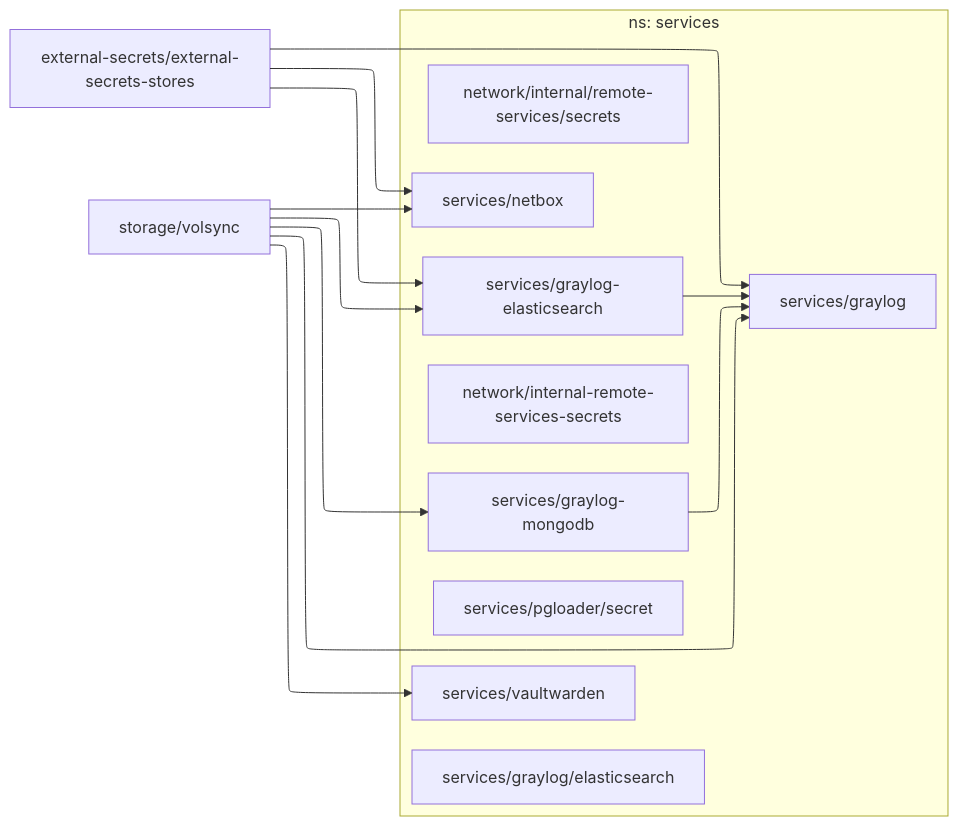
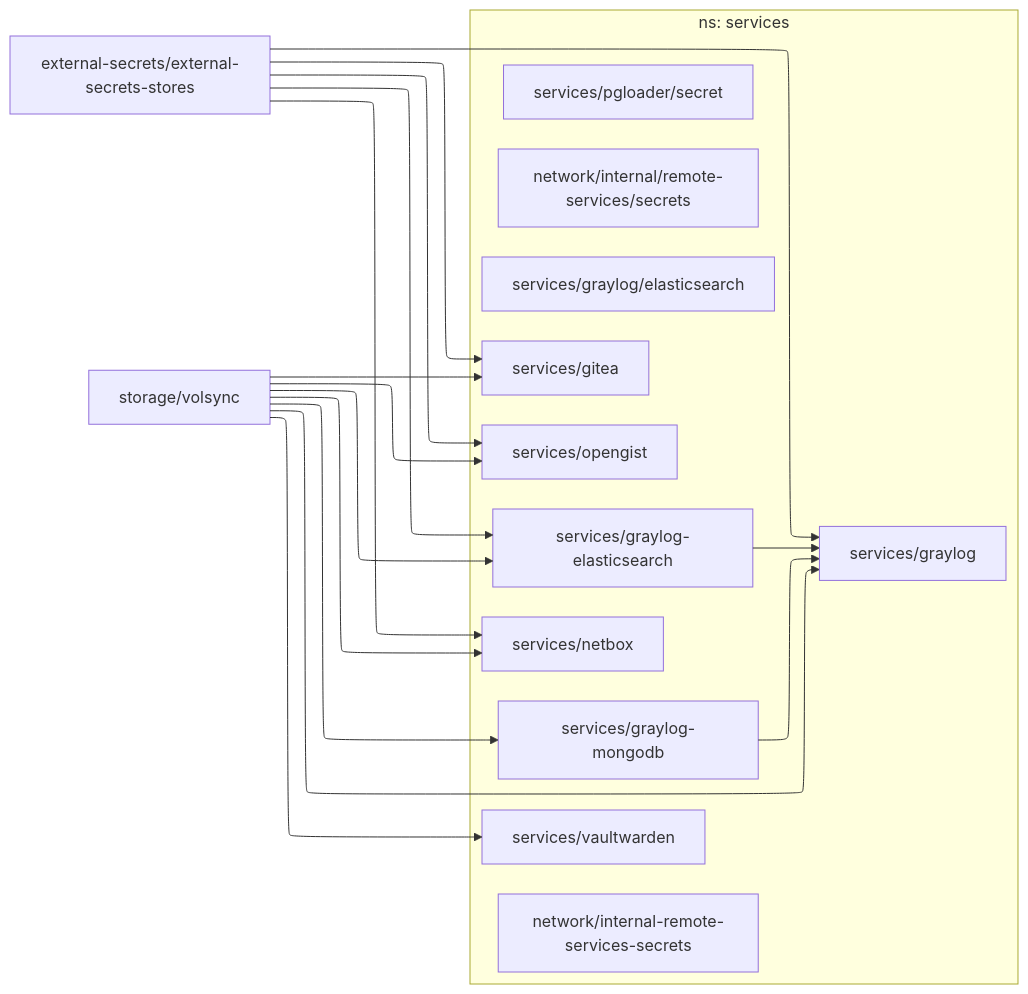
The diagram in dependencies/DEPENDENCIES-services.md (roblandry/home-ops), drawn with Mermaid before and after one commit. The commit also changed 13 other files, not shown here.

````diff
--- a/dependencies/DEPENDENCIES-services.md
+++ b/dependencies/DEPENDENCIES-services.md
@@ -1,26 +1,33 @@
 ```mermaid
 ---
 config:
   layout: elk
 ---
 flowchart LR
 
   subgraph "ns: services"
     network/internal-remote-services-secrets
     network/internal/remote-services/secrets
+    services/gitea
+    services/graylog-mongodb
     services/graylog/elasticsearch
     services/netbox
+    services/opengist
     services/pgloader/secret
     services/vaultwarden
     services/graylog-elasticsearch --> services/graylog
     services/graylog-mongodb --> services/graylog
   end
+  external-secrets/external-secrets-stores --> services/gitea
   external-secrets/external-secrets-stores --> services/graylog
   external-secrets/external-secrets-stores --> services/graylog-elasticsearch
   external-secrets/external-secrets-stores --> services/netbox
+  external-secrets/external-secrets-stores --> services/opengist
+  storage/volsync --> services/gitea
   storage/volsync --> services/graylog
   storage/volsync --> services/graylog-elasticsearch
   storage/volsync --> services/graylog-mongodb
   storage/volsync --> services/netbox
+  storage/volsync --> services/opengist
   storage/volsync --> services/vaultwarden
 ```
````
